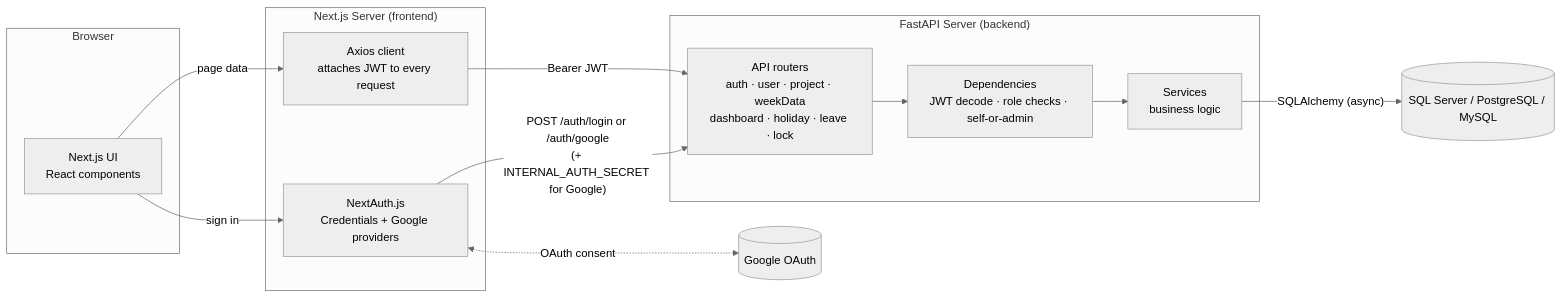
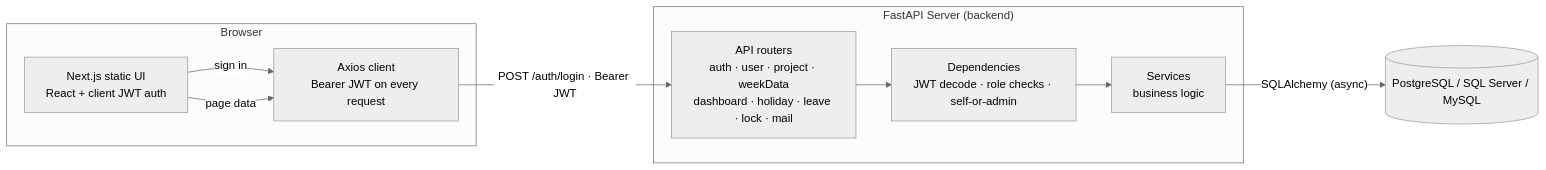
Before and after one commit to amulyavarshney/Resource-Management-System: the diagram in README.md, drawn with Mermaid (neutral theme). The commit also changed other lines of this file and 72 other files, not shown here.

First line of the commit message:
Prepare static Pages frontend and Render backend deploy.

````diff
--- a/README.md
+++ b/README.md
@@ -27,29 +27,22 @@
 ```mermaid
 flowchart LR
     subgraph Browser
-        UI[Next.js UI<br/>React components]
-    end
-
-    subgraph "Next.js Server (frontend)"
-        NextAuth["NextAuth.js<br/>Credentials + Google providers"]
-        Axios["Axios client<br/>attaches JWT to every request"]
+        UI[Next.js static UI<br/>React + client JWT auth]
+        Axios["Axios client<br/>Bearer JWT on every request"]
     end
 
     subgraph "FastAPI Server (backend)"
-        Routers["API routers<br/>auth · user · project · weekData<br/>dashboard · holiday · leave · lock"]
+        Routers["API routers<br/>auth · user · project · weekData<br/>dashboard · holiday · leave · lock · mail"]
         Deps["Dependencies<br/>JWT decode · role checks · self-or-admin"]
         Services["Services<br/>business logic"]
     end
 
-    DB[("SQL Server / PostgreSQL / MySQL")]
-    Google[("Google OAuth")]
+    DB[("PostgreSQL / SQL Server / MySQL")]
 
-    UI -->|"sign in"| NextAuth
+    UI -->|"sign in"| Axios
     UI -->|"page data"| Axios
-    NextAuth -->|"POST /auth/login or /auth/google<br/>(+ INTERNAL_AUTH_SECRET for Google)"| Routers
-    NextAuth <-.->|"OAuth consent"| Google
-    Axios -->|"Bearer JWT"| Routers
+    Axios -->|"POST /auth/login · Bearer JWT"| Routers
     Routers --> Deps
     Deps --> Services
     Services -->|"SQLAlchemy (async)"| DB
 ```
````
